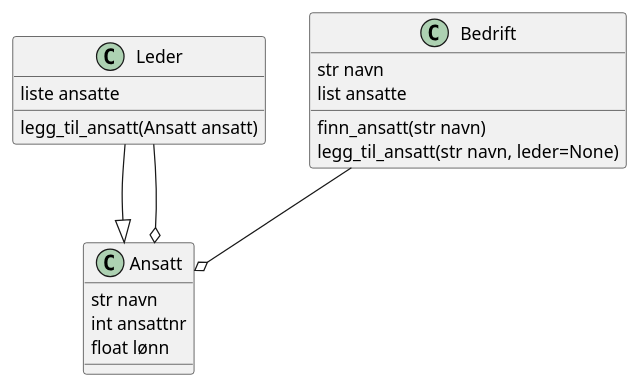
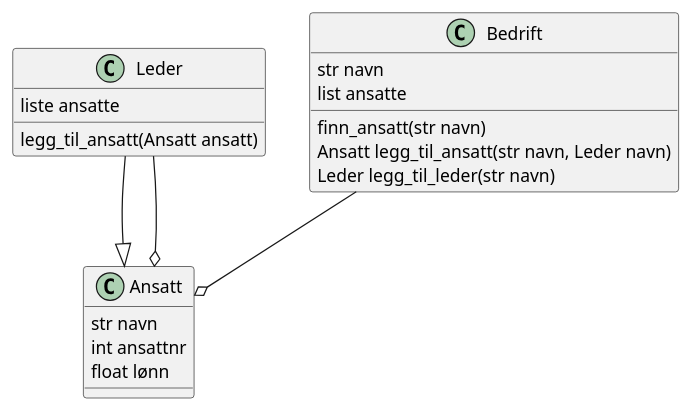
Before and after one commit to johanhake/it2-opppgave-bedrift: the diagram in doc/bedrift.plantuml, drawn with PlantUML.

Commit message:
Fikset på APIet

```diff
--- a/doc/bedrift.plantuml
+++ b/doc/bedrift.plantuml
@@ -1,26 +1,27 @@
 @startuml nisser
 
 class Ansatt{
     str navn
     int ansattnr
     float lønn
 }
 
 class Leder{
     liste ansatte
     legg_til_ansatt(Ansatt ansatt)
 }
 
 class Bedrift{
     str navn
     list ansatte
     finn_ansatt(str navn)
-    legg_til_ansatt(str navn, leder=None)
+    Ansatt legg_til_ansatt(str navn, Leder navn)
+    Leder legg_til_leder(str navn)
 }
 
 
 Leder --|> Ansatt
 Leder --o Ansatt
 Bedrift --o Ansatt
 
 @enduml
```
